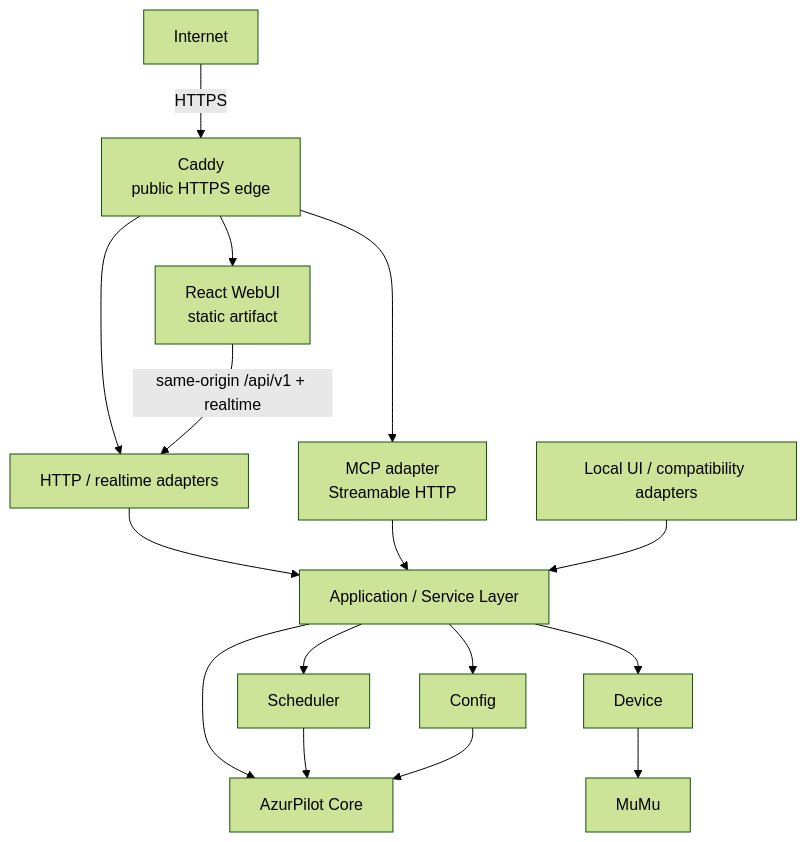
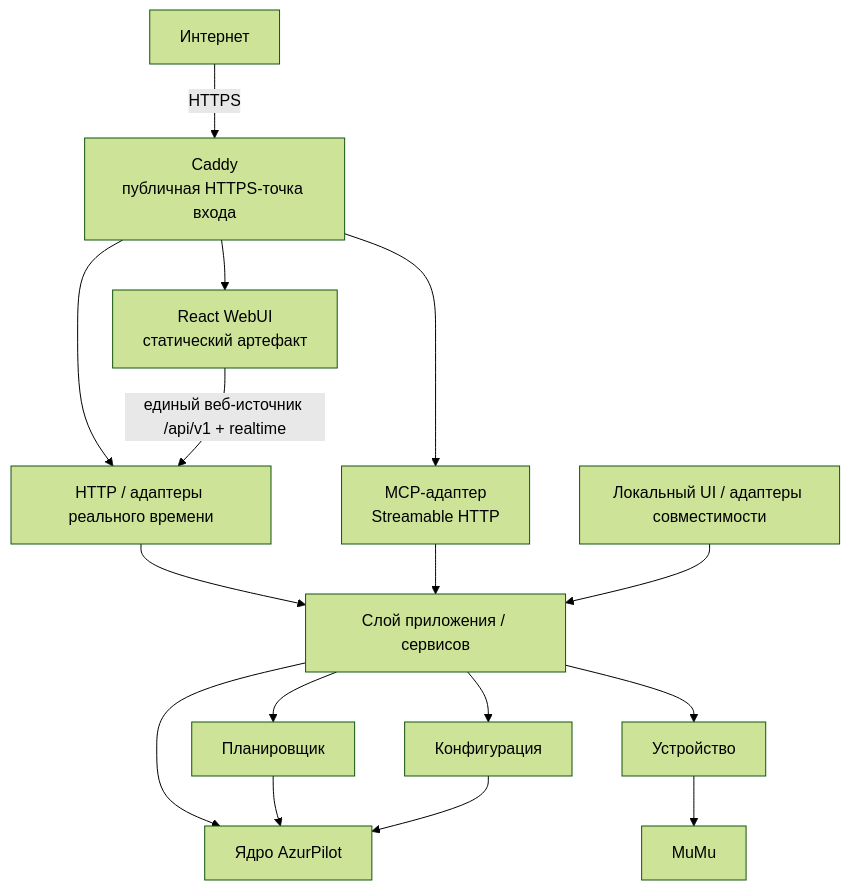
One commit to AliceLiddell01/AzurPilot-Web changed the first of 3 diagrams in docs/architecture/ARCHITECTURE.md. Above: the diagram before and after it, drawn with Mermaid (forest theme). The commit also changed other lines of this file and 10 other files, not shown here.

````diff
--- a/docs/architecture/ARCHITECTURE.md
+++ b/docs/architecture/ARCHITECTURE.md
@@ -52,18 +52,18 @@
 ```mermaid
 flowchart TB
-    Internet[Internet] -->|HTTPS| Caddy[Caddy\npublic HTTPS edge]
-    Caddy --> Frontend[React WebUI\nstatic artifact]
-    Caddy --> HTTP[HTTP / realtime adapters]
-    Caddy --> MCP[MCP adapter\nStreamable HTTP]
-    Frontend -->|same-origin /api/v1 + realtime| HTTP
-    HTTP --> Services[Application / Service Layer]
+    Internet[Интернет] -->|HTTPS| Caddy[Caddy\nпубличная HTTPS-точка входа]
+    Caddy --> Frontend[React WebUI\nстатический артефакт]
+    Caddy --> HTTP[HTTP / адаптеры реального времени]
+    Caddy --> MCP[MCP-адаптер\nStreamable HTTP]
+    Frontend -->|единый веб-источник /api/v1 + realtime| HTTP
+    HTTP --> Services[Слой приложения / сервисов]
     MCP --> Services
-    LocalUI[Local UI / compatibility adapters] --> Services
-    Services --> Config[Config]
-    Services --> Scheduler[Scheduler]
-    Services --> Device[Device]
-    Services --> Core[AzurPilot Core]
+    LocalUI[Локальный UI / адаптеры совместимости] --> Services
+    Services --> Config[Конфигурация]
+    Services --> Scheduler[Планировщик]
+    Services --> Device[Устройство]
+    Services --> Core[Ядро AzurPilot]
     Device --> MuMu[MuMu]
     Scheduler --> Core
     Config --> Core
 ```
````
